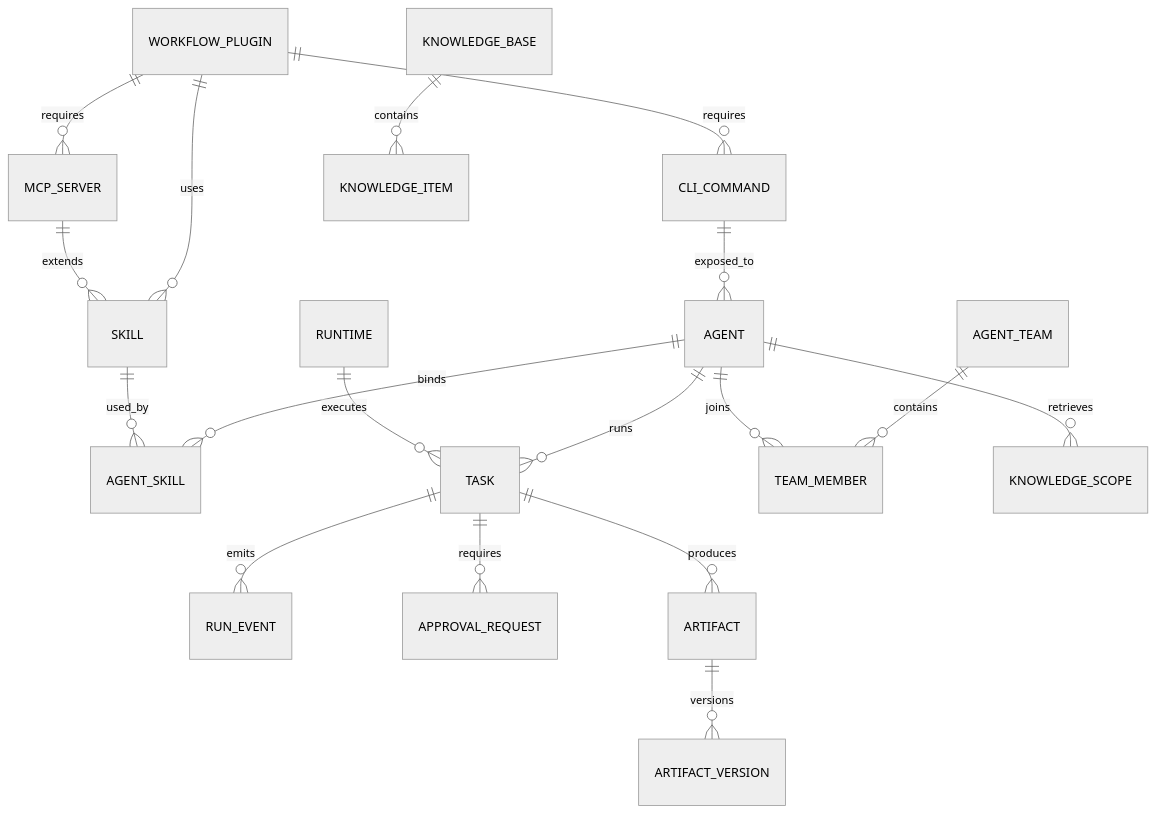
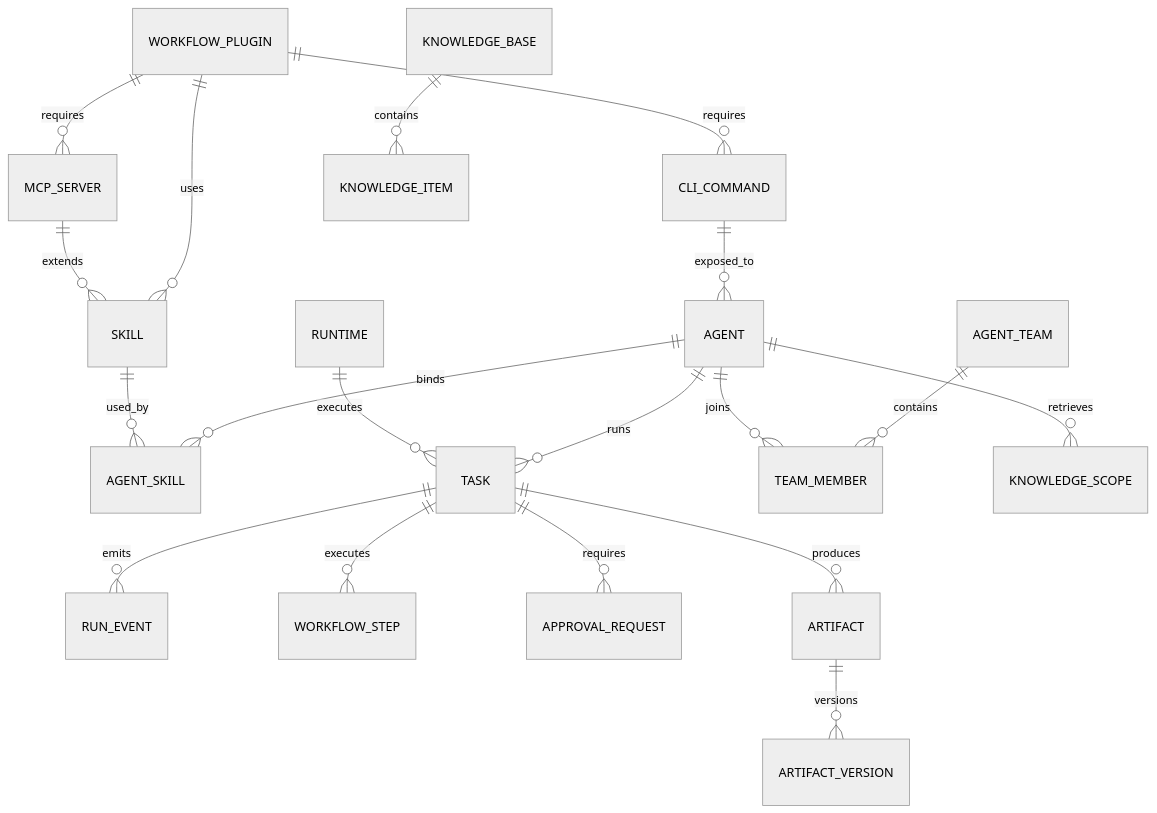
The second of 2 diagrams in docs/product/feature-map.md (oyjt/agent-workbench), drawn with Mermaid (neutral theme) before and after one commit. The commit also changed other lines of this file and 4 other files, not shown here.

````diff
--- a/docs/product/feature-map.md
+++ b/docs/product/feature-map.md
@@ -94,20 +100,21 @@
 ```mermaid
 erDiagram
   AGENT ||--o{ AGENT_SKILL : binds
   SKILL ||--o{ AGENT_SKILL : used_by
   WORKFLOW_PLUGIN ||--o{ SKILL : uses
   WORKFLOW_PLUGIN ||--o{ MCP_SERVER : requires
   WORKFLOW_PLUGIN ||--o{ CLI_COMMAND : requires
   AGENT ||--o{ TASK : runs
   AGENT_TEAM ||--o{ TEAM_MEMBER : contains
   AGENT ||--o{ TEAM_MEMBER : joins
   TASK ||--o{ RUN_EVENT : emits
+  TASK ||--o{ WORKFLOW_STEP : executes
   TASK ||--o{ APPROVAL_REQUEST : requires
   TASK ||--o{ ARTIFACT : produces
   ARTIFACT ||--o{ ARTIFACT_VERSION : versions
   RUNTIME ||--o{ TASK : executes
   MCP_SERVER ||--o{ SKILL : extends
   CLI_COMMAND ||--o{ AGENT : exposed_to
   KNOWLEDGE_BASE ||--o{ KNOWLEDGE_ITEM : contains
   AGENT ||--o{ KNOWLEDGE_SCOPE : retrieves
 ```
````
